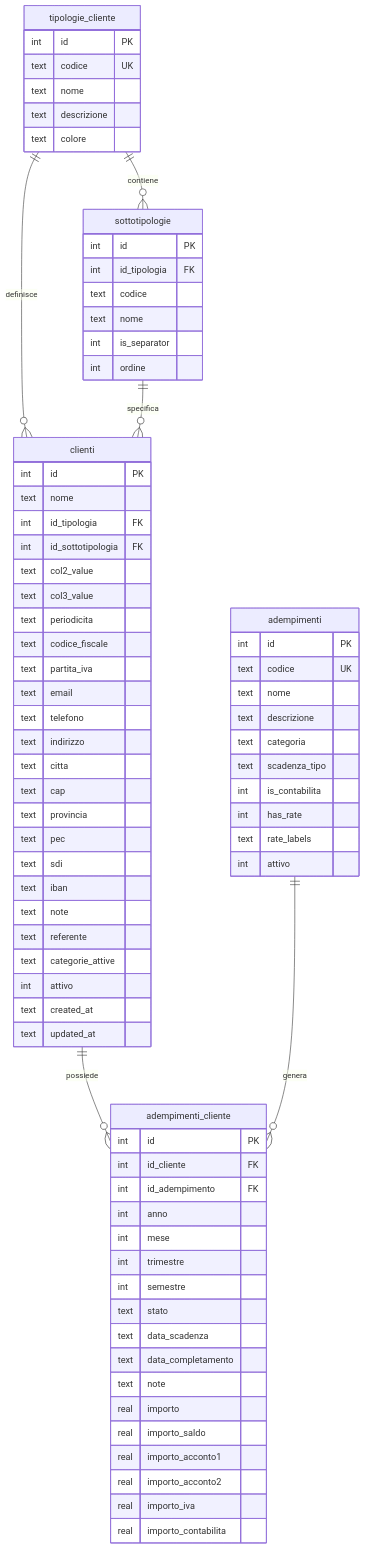
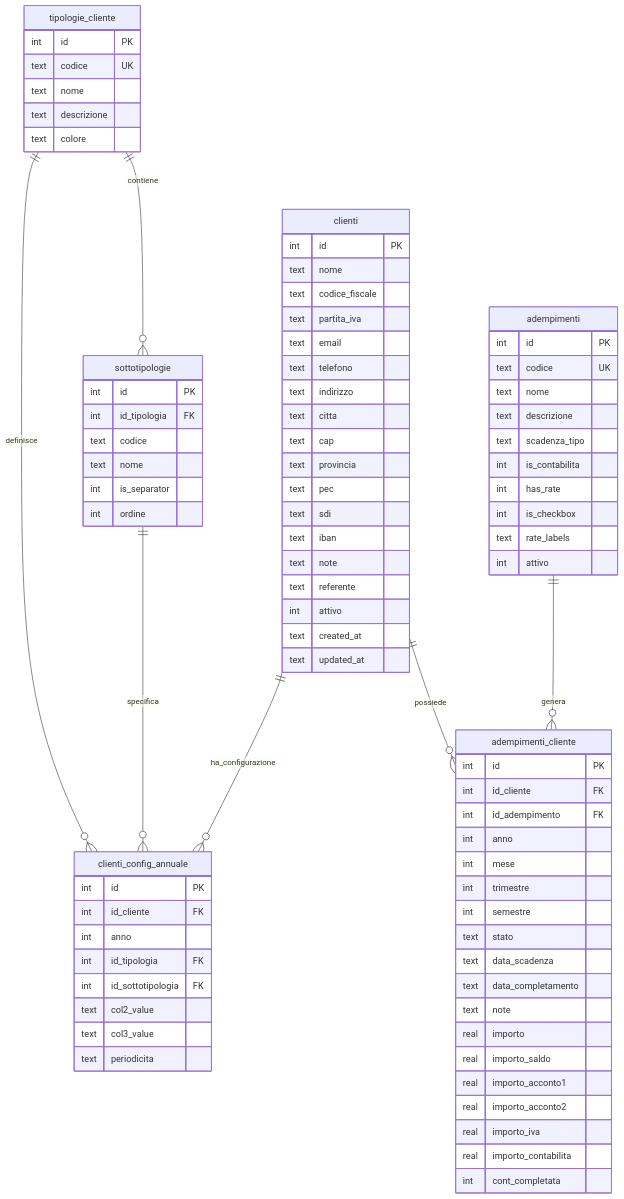
Before and after one commit to NicoMaker/Contabilita: the diagram in backend/db/schema/schema.mmd, drawn with Mermaid. The commit also changed 1 other file, not shown here.

Commit message:
sistemazione schema

```diff
--- a/backend/db/schema/schema.mmd
+++ b/backend/db/schema/schema.mmd
@@ -1,83 +1,91 @@
 erDiagram
     tipologie_cliente {
         int id PK
         text codice UK
         text nome
         text descrizione
         text colore
     }
 
     sottotipologie {
         int id PK
         int id_tipologia FK
         text codice
         text nome
         int is_separator
         int ordine
     }
 
     clienti {
         int id PK
         text nome
-        int id_tipologia FK
-        int id_sottotipologia FK
-        text col2_value
-        text col3_value
-        text periodicita
         text codice_fiscale
         text partita_iva
         text email
         text telefono
         text indirizzo
         text citta
         text cap
         text provincia
         text pec
         text sdi
         text iban
         text note
         text referente
-        text categorie_attive
         int attivo
         text created_at
         text updated_at
+    }
+
+    clienti_config_annuale {
+        int id PK
+        int id_cliente FK
+        int anno
+        int id_tipologia FK
+        int id_sottotipologia FK
+        text col2_value
+        text col3_value
+        text periodicita
     }
 
     adempimenti {
         int id PK
         text codice UK
         text nome
         text descrizione
-        text categoria
         text scadenza_tipo
         int is_contabilita
         int has_rate
+        int is_checkbox
         text rate_labels
         int attivo
     }
 
     adempimenti_cliente {
         int id PK
         int id_cliente FK
         int id_adempimento FK
         int anno
         int mese
         int trimestre
         int semestre
         text stato
         text data_scadenza
         text data_completamento
         text note
         real importo
         real importo_saldo
         real importo_acconto1
         real importo_acconto2
         real importo_iva
         real importo_contabilita
+        int cont_completata
     }
 
+    %% Relazioni
     tipologie_cliente ||--o{ sottotipologie : "contiene"
-    tipologie_cliente ||--o{ clienti : "definisce"
-    sottotipologie ||--o{ clienti : "specifica"
+    tipologie_cliente ||--o{ clienti_config_annuale : "definisce"
+    sottotipologie ||--o{ clienti_config_annuale : "specifica"
+    clienti ||--o{ clienti_config_annuale : "ha_configurazione"
     clienti ||--o{ adempimenti_cliente : "possiede"
     adempimenti ||--o{ adempimenti_cliente : "genera"
```
